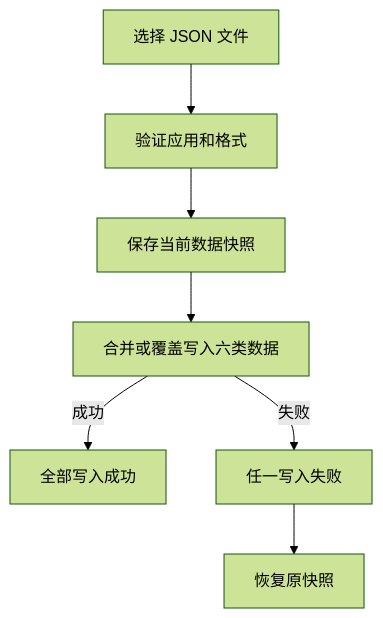
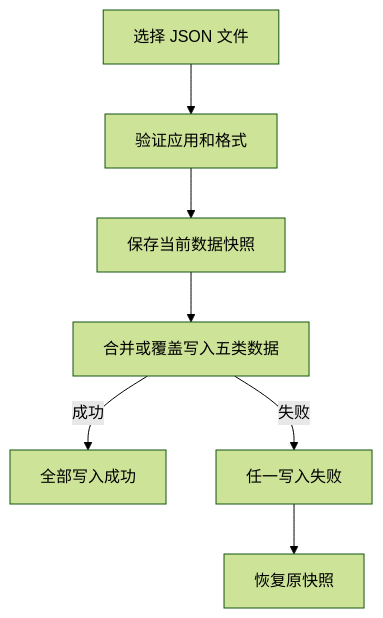
The seventh of 7 diagrams in docs/USER_GUIDE.md (shihg7/wechat_mini_program), drawn with Mermaid (forest theme) before and after one commit. The commit also changed other lines of this file and 34 other files, not shown here.

````diff
--- a/docs/USER_GUIDE.md
+++ b/docs/USER_GUIDE.md
@@ -552,16 +484,16 @@
 ```mermaid
 flowchart TD
     A["选择 JSON 文件"]
     B["验证应用和格式"]
     C["保存当前数据快照"]
-    D["合并或覆盖写入六类数据"]
+    D["合并或覆盖写入五类数据"]
     E["全部写入成功"]
     F["任一写入失败"]
     G["恢复原快照"]
     A --> B
     B --> C
     C --> D
     D -->|成功| E
     D -->|失败| F
     F --> G
 ```
````
